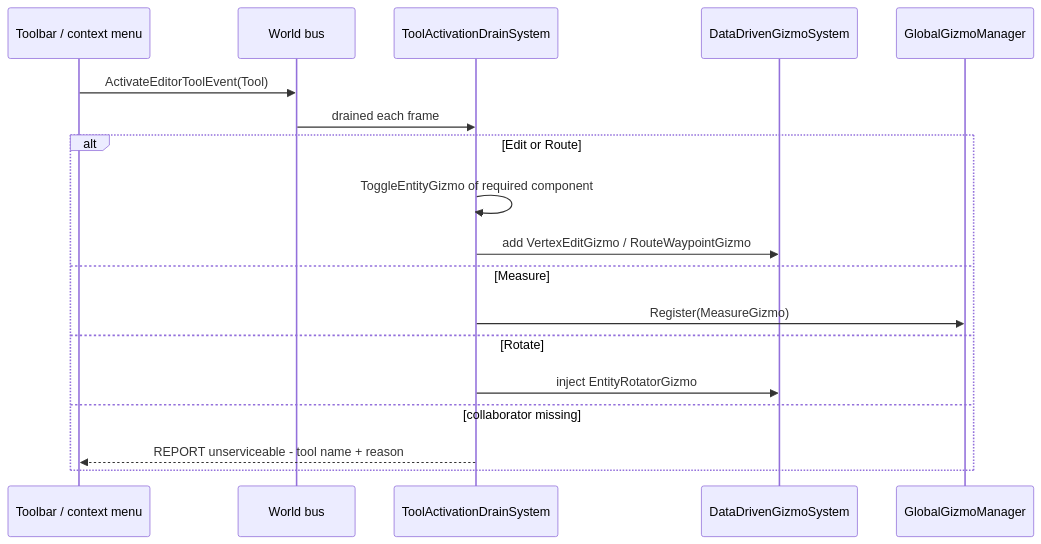
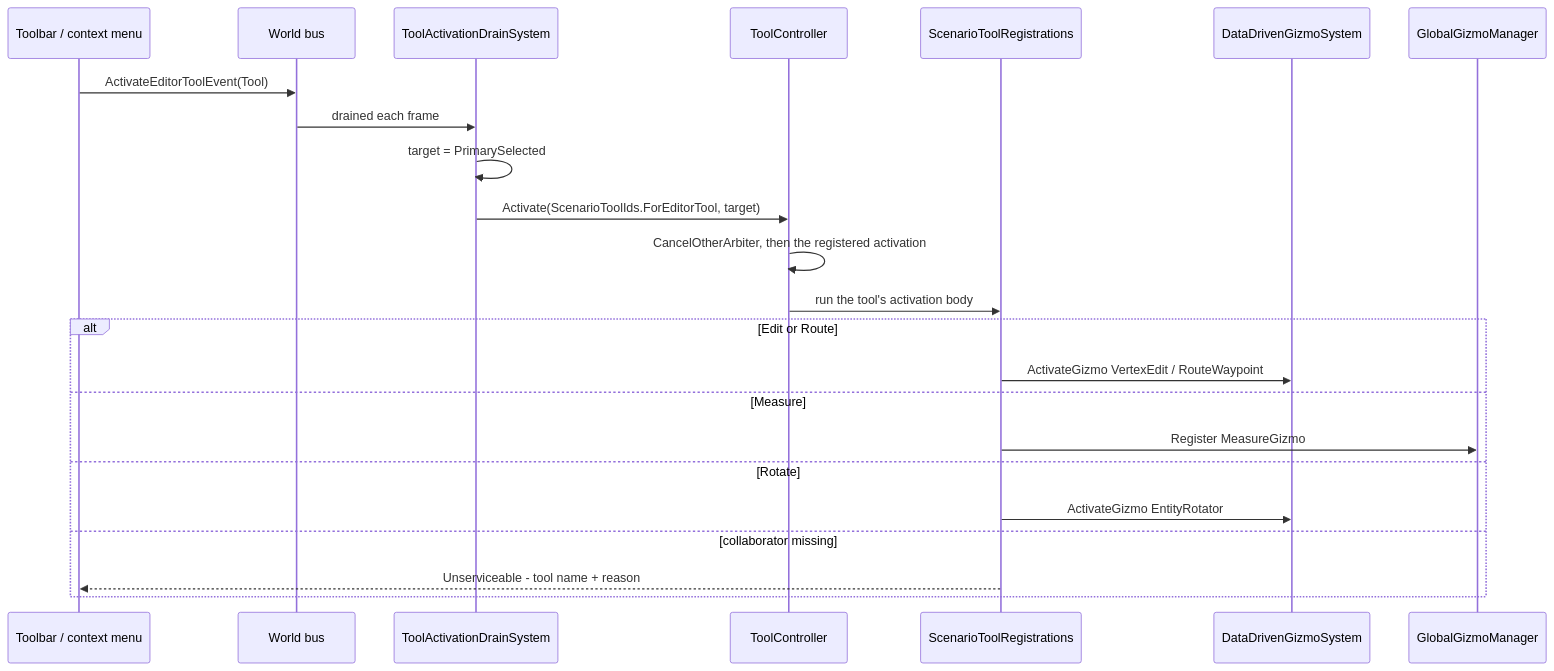
Before and after one commit to pjanec/HROT: the fifth of 7 diagrams in docs/DESIGN_Map_Rendering_And_Interaction.md, drawn with Mermaid. The commit also changed other lines of this file and 4 other files, not shown here.

````diff
--- a/docs/DESIGN_Map_Rendering_And_Interaction.md
+++ b/docs/DESIGN_Map_Rendering_And_Interaction.md
@@ -273,21 +288,26 @@
 ```mermaid
 sequenceDiagram
     participant UI as Toolbar / context menu
     participant Bus as World bus
     participant Drain as ToolActivationDrainSystem
+    participant TC as ToolController
+    participant Reg as ScenarioToolRegistrations
     participant D as DataDrivenGizmoSystem
     participant M as GlobalGizmoManager
 
     UI->>Bus: ActivateEditorToolEvent(Tool)
     Bus->>Drain: drained each frame
+    Drain->>Drain: target = PrimarySelected
+    Drain->>TC: Activate(ScenarioToolIds.ForEditorTool, target)
+    TC->>TC: CancelOtherArbiter, then the registered activation
+    TC->>Reg: run the tool's activation body
     alt Edit or Route
-        Drain->>Drain: ToggleEntityGizmo of required component
-        Drain->>D: add VertexEditGizmo / RouteWaypointGizmo
+        Reg->>D: ActivateGizmo VertexEdit / RouteWaypoint
     else Measure
-        Drain->>M: Register(MeasureGizmo)
+        Reg->>M: Register MeasureGizmo
     else Rotate
-        Drain->>D: inject EntityRotatorGizmo
+        Reg->>D: ActivateGizmo EntityRotator
     else collaborator missing
-        Drain-->>UI: REPORT unserviceable - tool name + reason
+        Reg-->>UI: Unserviceable - tool name + reason
     end
 ```
````
